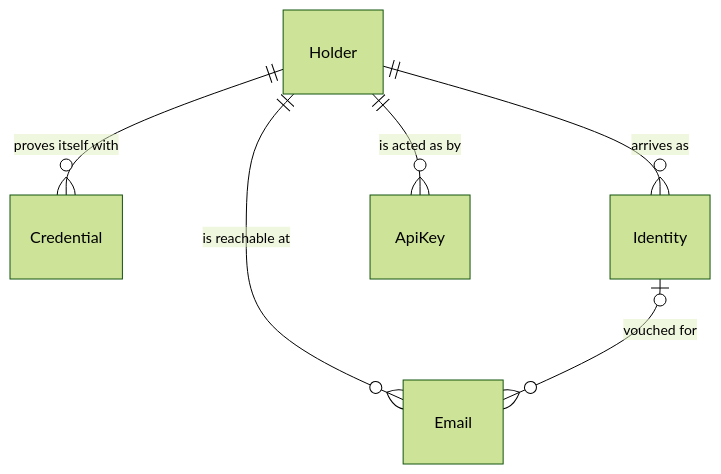
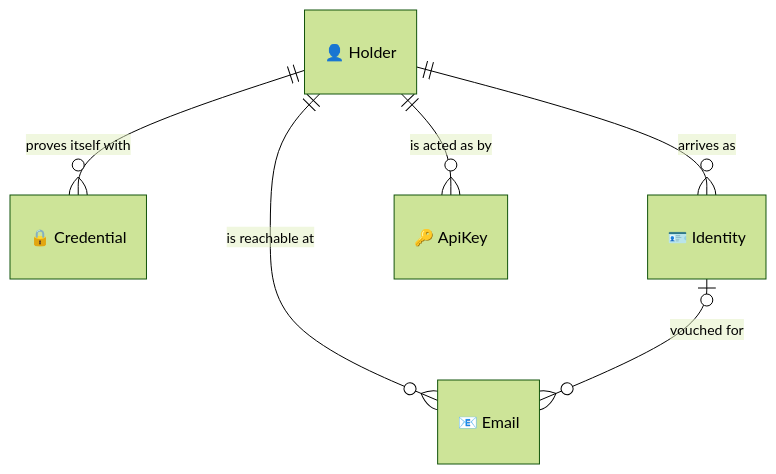
The fifth of 7 diagrams in docs/entity.md (lesomnus/roster), drawn with Mermaid (forest theme) before and after one commit. The commit also changed other lines of this file and 16 other files, not shown here.

````diff
--- a/docs/entity.md
+++ b/docs/entity.md
@@ -209,8 +294,8 @@
 ```mermaid
 erDiagram
-  Holder ||--o{ Credential : "proves itself with"
-  Holder ||--o{ Identity : "arrives as"
-  Holder ||--o{ Email : "is reachable at"
-  Holder ||--o{ ApiKey : "is acted as by"
-  Identity |o--o{ Email : "vouched for"
+  "👤 Holder"  ||--o{  "🔒 Credential" : "proves itself with"
+  "👤 Holder"  ||--o{  "🪪 Identity" : "arrives as"
+  "👤 Holder"  ||--o{  "📧 Email" : "is reachable at"
+  "👤 Holder"  ||--o{  "🔑 ApiKey" : "is acted as by"
+  "🪪 Identity"  |o--o{  "📧 Email" : "vouched for"
 ```
````
